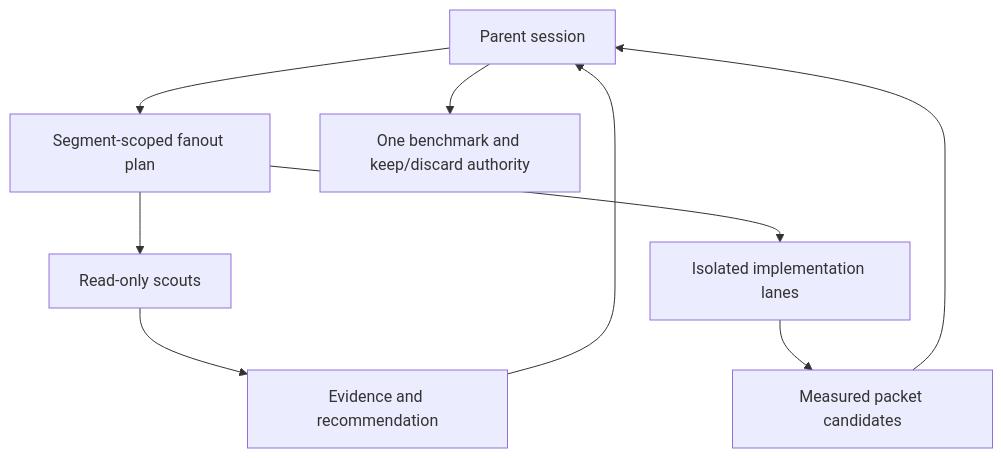
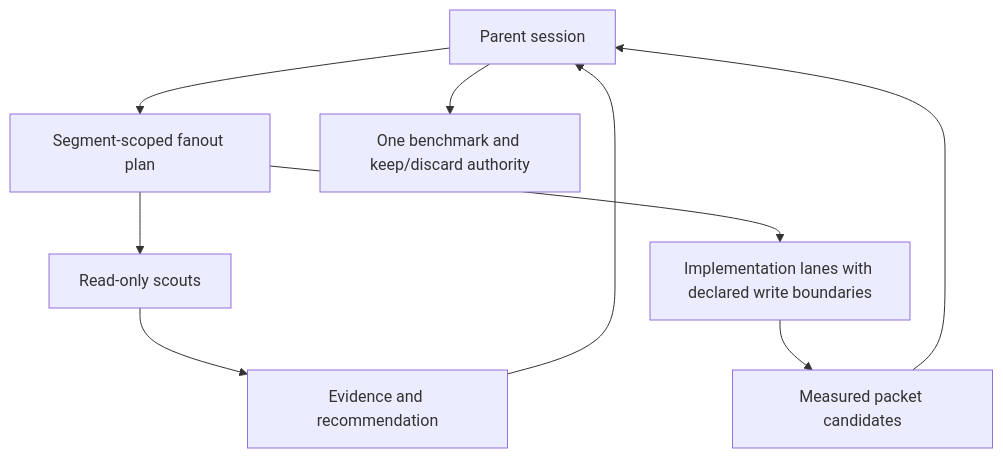
Before and after one commit to TheGreenCedar/codex-autoresearch: the fourth of 5 diagrams in plugins/codex-autoresearch/docs/architecture.md, drawn with Mermaid. The commit also changed other lines of this file and 16 other files, not shown here.

````diff
--- a/plugins/codex-autoresearch/docs/architecture.md
+++ b/plugins/codex-autoresearch/docs/architecture.md
@@ -87,11 +87,11 @@
 ```mermaid
 flowchart TD
   Parent["Parent session"] --> Fanout["Segment-scoped fanout plan"]
   Fanout --> Scout["Read-only scouts"]
-  Fanout --> Impl["Isolated implementation lanes"]
+  Fanout --> Impl["Implementation lanes with declared write boundaries"]
   Scout --> Evidence["Evidence and recommendation"]
   Impl --> Packets["Measured packet candidates"]
   Evidence --> Parent
   Packets --> Parent
   Parent --> Decision["One benchmark and keep/discard authority"]
 ```
````
